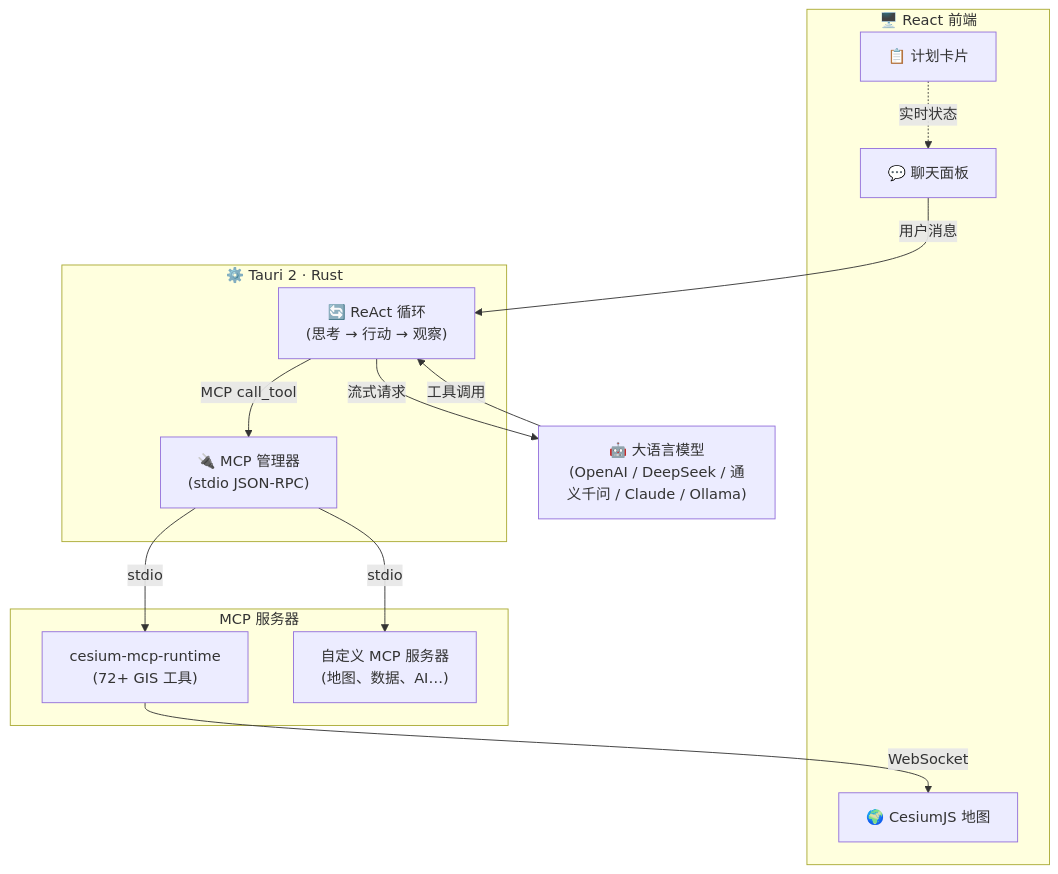
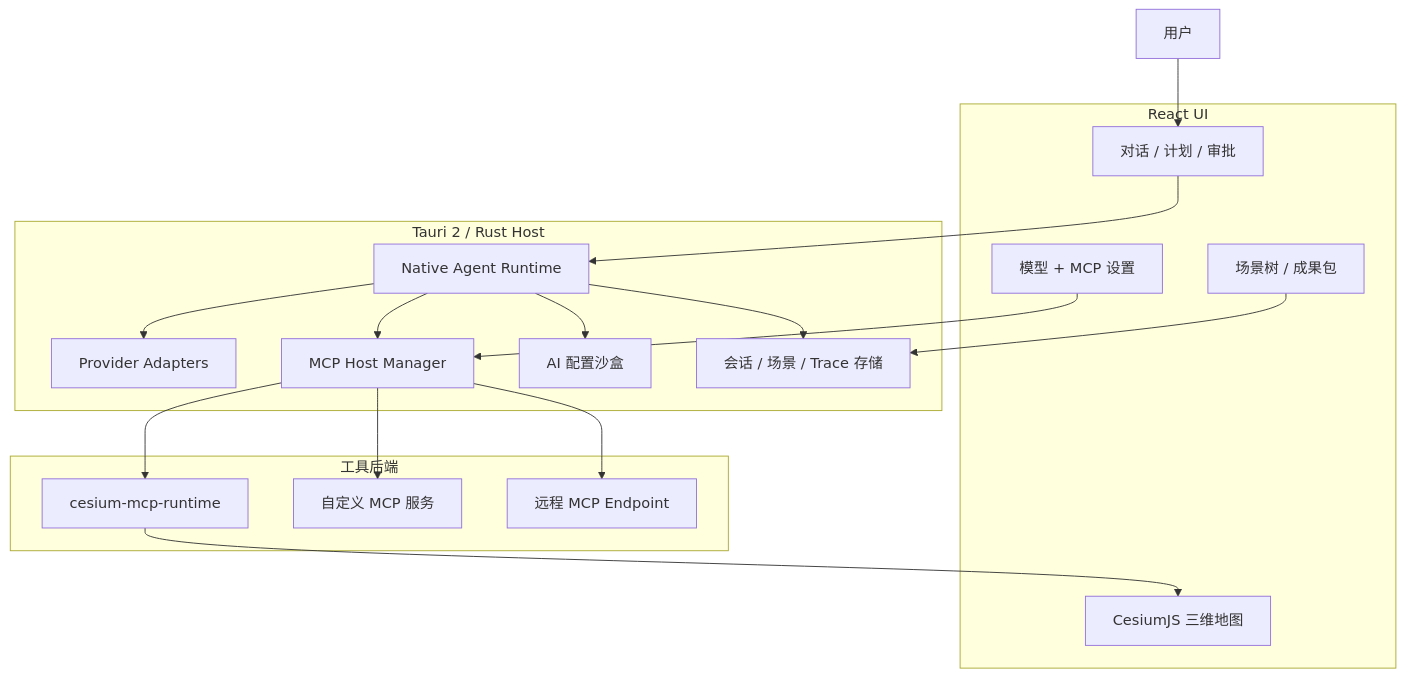
One commit to gaopengbin/GaiaAgent changed the diagram in README.zh-CN.md. Above: the diagram before and after it, drawn with Mermaid. The commit also changed other lines of this file and 1 other file, not shown here.

````diff
--- a/README.zh-CN.md
+++ b/README.zh-CN.md
@@ -34,29 +91,36 @@
 ```mermaid
 graph TB
-    subgraph Frontend["🖥️ React 前端"]
-        Chat["💬 聊天面板"]
-        Plan["📋 计划卡片"]
-        Cesium["🌍 CesiumJS 地图"]
+    subgraph Frontend["React UI"]
+        Chat["对话 / 计划 / 审批"]
+        ScenePanel["场景树 / 成果包"]
+        Settings["模型 + MCP 设置"]
+        Cesium["CesiumJS 三维地图"]
     end
 
-    subgraph Backend["⚙️ Tauri 2 · Rust"]
-        ReAct["🔄 ReAct 循环\n(思考 → 行动 → 观察)"]
-        MCP_Mgr["🔌 MCP 管理器\n(stdio JSON-RPC)"]
+    subgraph Backend["Tauri 2 / Rust Host"]
+        Runtime["Native Agent Runtime"]
+        Providers["Provider Adapters"]
+        MCP["MCP Host Manager"]
+        Sandbox["AI 配置沙盒"]
+        State["会话 / 场景 / Trace 存储"]
     end
 
-    subgraph MCP_Servers["MCP 服务器"]
-        cesium_mcp["cesium-mcp-runtime\n(72+ GIS 工具)"]
-        custom_mcp["自定义 MCP 服务器\n(地图、数据、AI…)"]
+    subgraph Tools["工具后端"]
+        CesiumMcp["cesium-mcp-runtime"]
+        CustomMcp["自定义 MCP 服务"]
+        RemoteMcp["远程 MCP Endpoint"]
     end
 
-    LLM["🤖 大语言模型\n(OpenAI / DeepSeek / 通义千问 / Claude / Ollama)"]
-
-    Chat -->|用户消息| ReAct
-    ReAct -->|流式请求| LLM
-    LLM -->|工具调用| ReAct
-    ReAct -->|MCP call_tool| MCP_Mgr
-    MCP_Mgr -->|stdio| cesium_mcp
-    MCP_Mgr -->|stdio| custom_mcp
-    cesium_mcp -->|WebSocket| Cesium
-    Plan -.->|实时状态| Chat
+    User["用户"] --> Chat
+    Chat --> Runtime
+    Runtime --> Providers
+    Runtime --> MCP
+    Runtime --> Sandbox
+    Runtime --> State
+    MCP --> CesiumMcp
+    MCP --> CustomMcp
+    MCP --> RemoteMcp
+    CesiumMcp --> Cesium
+    ScenePanel --> State
+    Settings --> MCP
 ```
````
